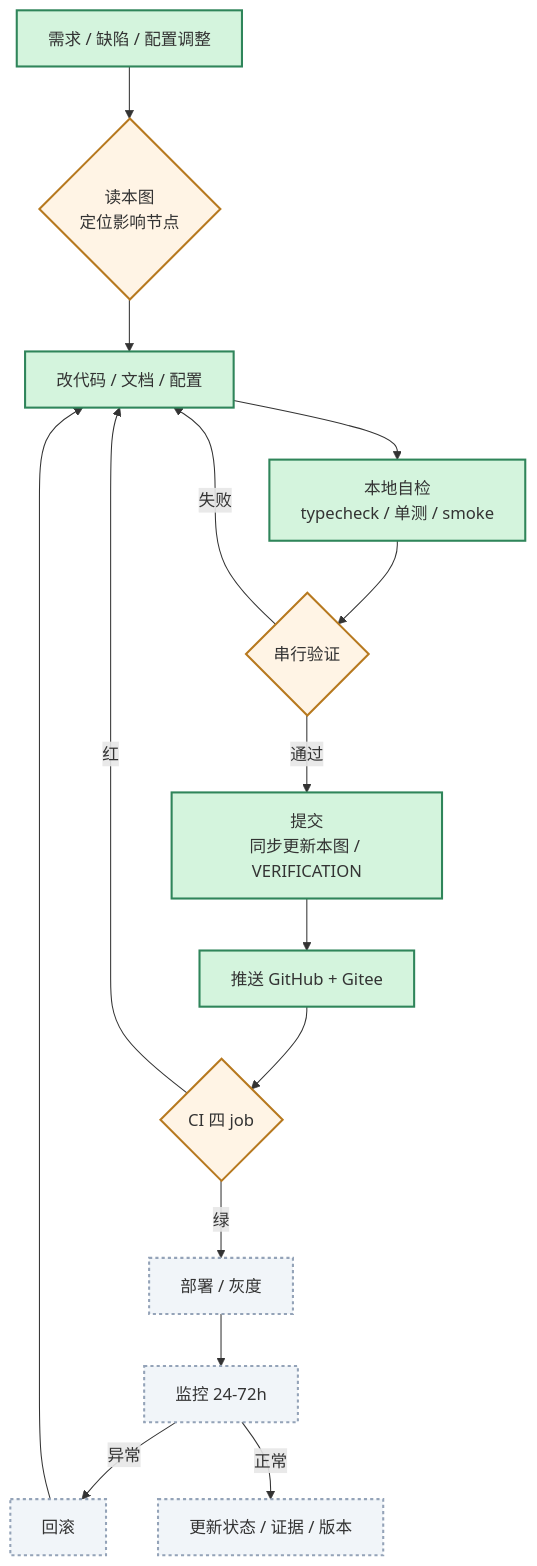
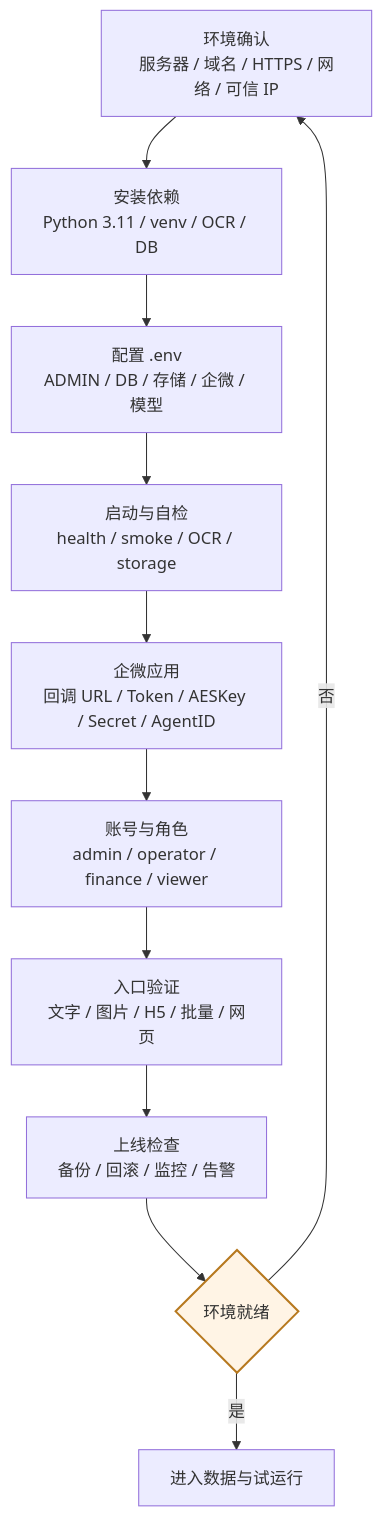
The sixth of 8 diagrams in 实施全景图.md (roma007/Enterprise-AI), drawn with Mermaid before and after one commit. The commit also changed other lines of this file and 9 other files, not shown here.

Commit message:
docs(map): 实施全景图重构为客户现场实施 [PREP-01]

````diff
--- a/实施全景图.md
+++ b/实施全景图.md
@@ -203,24 +287,16 @@
 ```mermaid
 flowchart TB
-  A[需求 / 缺陷 / 配置调整] --> B{读本图<br/>定位影响节点}
-  B --> C[改代码 / 文档 / 配置]
-  C --> D[本地自检<br/>typecheck / 单测 / smoke]
-  D --> E{串行验证}
-  E -->|失败| C
-  E -->|通过| F[提交<br/>同步更新本图 / VERIFICATION]
-  F --> G[推送 GitHub + Gitee]
-  G --> H{CI 四 job}
-  H -->|红| C
-  H -->|绿| I[部署 / 灰度]
-  I --> J[监控 24-72h]
-  J -->|异常| K[回滚]
-  J -->|正常| L[更新状态 / 证据 / 版本]
-  K --> C
+  A[环境确认<br/>服务器 / 域名 / HTTPS / 网络 / 可信 IP] --> B[安装依赖<br/>Python 3.11 / venv / OCR / DB]
+  B --> C[配置 .env<br/>ADMIN / DB / 存储 / 企微 / 模型]
+  C --> D[启动与自检<br/>health / smoke / OCR / storage]
+  D --> E[企微应用<br/>回调 URL / Token / AESKey / Secret / AgentID]
+  E --> F[账号与角色<br/>admin / operator / finance / viewer]
+  F --> G[入口验证<br/>文字 / 图片 / H5 / 批量 / 网页]
+  G --> H[上线检查<br/>备份 / 回滚 / 监控 / 告警]
+  H --> I{环境就绪}
+  I -->|是| J[进入数据与试运行]
+  I -->|否| A
 
-  classDef done fill:#d4f4dd,stroke:#2f855a,stroke-width:2px
   classDef gate fill:#fff4e5,stroke:#b7791f,stroke-width:2px
-  classDef todo fill:#f1f5f9,stroke:#94a3b8,stroke-width:2px,stroke-dasharray:3 3
-  class A,C,D,F,G done
-  class B,E,H gate
-  class I,J,K,L todo
+  class I gate
 ```
````
